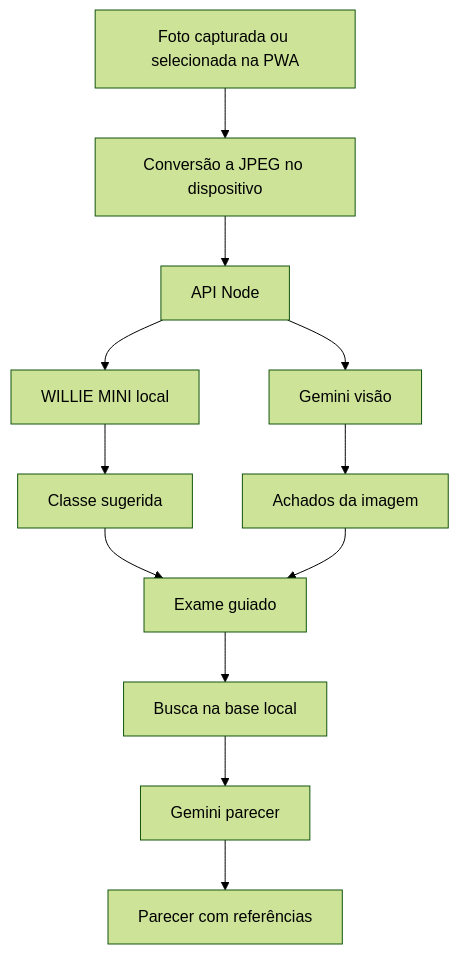
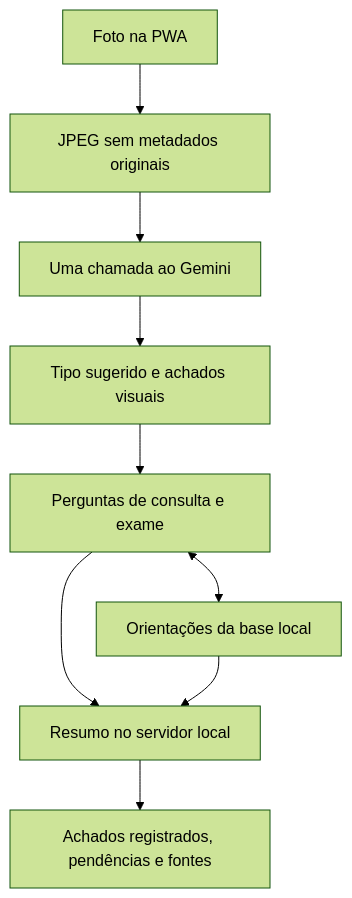
Before and after one commit to febaemanuel/medical-eye: the diagram in docs/arquitetura.md, drawn with Mermaid (forest theme). The commit also changed other lines of this file and 18 other files, not shown here.

Commit message:
Atualiza a ficha clínica com análise única e referências locais

````diff
--- a/docs/arquitetura.md
+++ b/docs/arquitetura.md
@@ -3,14 +3,11 @@
 ```mermaid
 flowchart TD
-    A[Foto capturada ou selecionada na PWA] --> B[Conversão a JPEG no dispositivo]
-    B --> C[API Node]
-    C --> D[WILLIE MINI local]
-    C --> E[Gemini visão]
-    D --> F[Classe sugerida]
-    E --> G[Achados da imagem]
-    F --> H[Exame guiado]
-    G --> H
-    H --> I[Busca na base local]
-    I --> J[Gemini parecer]
-    J --> K[Parecer com referências]
+    A[Foto na PWA] --> B[JPEG sem metadados originais]
+    B --> C[Uma chamada ao Gemini]
+    C --> D[Tipo sugerido e achados visuais]
+    D --> E[Perguntas de consulta e exame]
+    E <--> F[Orientações da base local]
+    E --> G[Resumo no servidor local]
+    F --> G
+    G --> H[Achados registrados, pendências e fontes]
 ```
````
